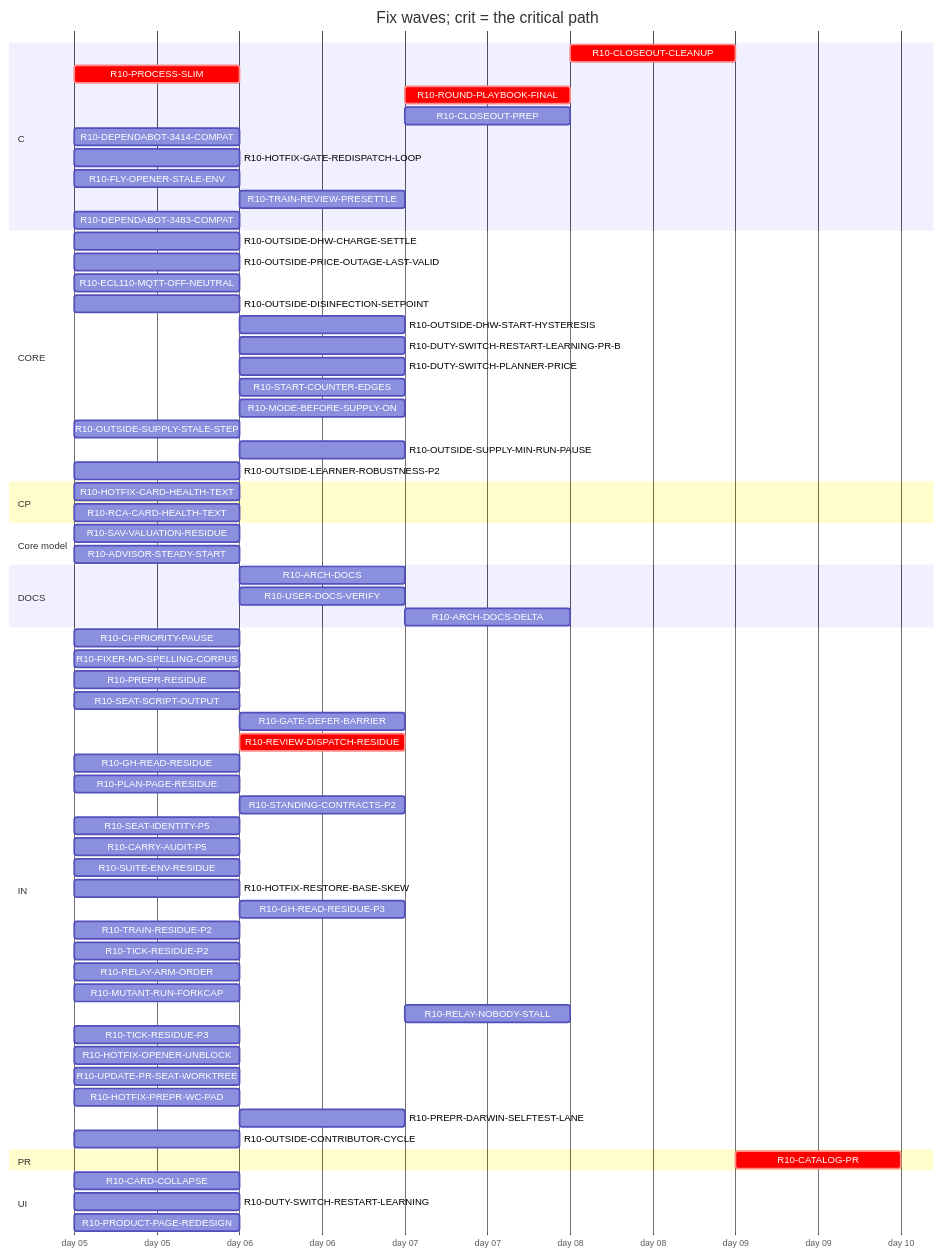
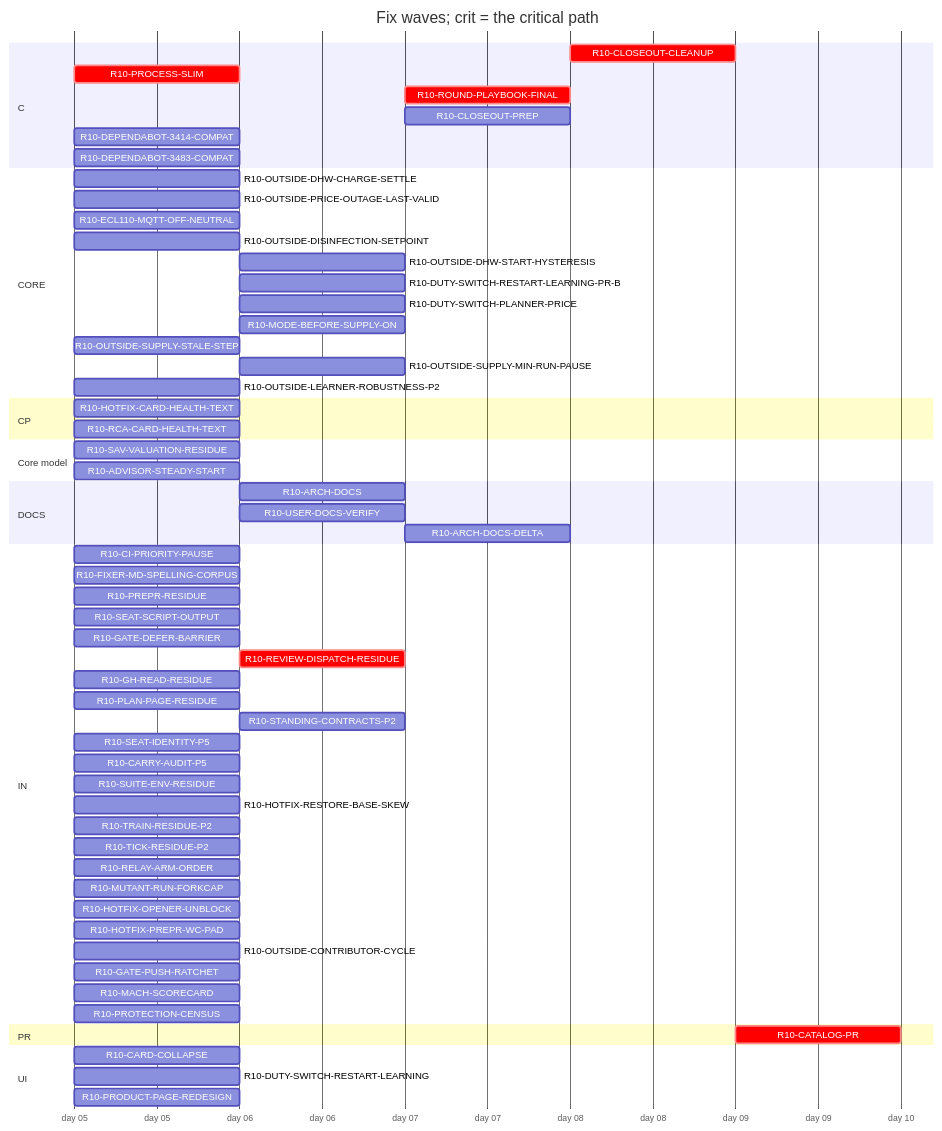
The diagram in handoff/round10/state/PLAN-TABLE.md (tvofi/heatpump_optimizer), drawn with Mermaid before and after one commit. The commit also changed other lines of this file and 4 other files, not shown here.

Commit message:
state: FLOW-BOARD.md, NEXT-SESSION-PROMPT.md, PLAN-TABLE.md, PLAN.html, RESUME-CURRENT.md regenerated (state_docs.py)

````diff
--- a/handoff/round10/state/PLAN-TABLE.md
+++ b/handoff/round10/state/PLAN-TABLE.md
@@ -21,71 +21,65 @@
 ```mermaid
 gantt
   title Fix waves; crit = the critical path
   dateFormat YYYY-MM-DD
   axisFormat day %d
   section C
     R10-CLOSEOUT-CLEANUP :crit, r10CLOSEOUTCLEANUP, after r10ARCHDOCS r10USERDOCSVERIFY r10ROUNDPLAYBOOKFINAL r10CLOSEOUTPREP r10ARCHDOCSDELTA, 1d
     R10-PROCESS-SLIM :crit, r10PROCESSSLIM, 2026-01-05, 1d
     R10-ROUND-PLAYBOOK-FINAL :crit, r10ROUNDPLAYBOOKFINAL, after r10PROCESSSLIM r10FIXERMDSPELLINGCORPUS r10PREPRRESIDUE r10SEATSCRIPTOUTPUT r10REVIEWDISPATCHRESIDUE r10CARRYAUDITP5 r10SEATIDENTITYP5 r10STANDINGCONTRACTSP2 r10PLANPAGERESIDUE r10GHREADRESIDUE r10SUITEENVRESIDUE r10GATEDEFERBARRIER, 1d
     R10-CLOSEOUT-PREP :r10CLOSEOUTPREP, after r10ARCHDOCS r10PROCESSSLIM r10FIXERMDSPELLINGCORPUS r10PREPRRESIDUE r10SEATSCRIPTOUTPUT r10REVIEWDISPATCHRESIDUE r10CARRYAUDITP5 r10SEATIDENTITYP5 r10STANDINGCONTRACTSP2 r10PLANPAGERESIDUE r10GHREADRESIDUE r10SUITEENVRESIDUE r10GATEDEFERBARRIER, 1d
     R10-DEPENDABOT-3414-COMPAT :r10DEPENDABOT3414COMPAT, 2026-01-05, 1d
-    R10-HOTFIX-GATE-REDISPATCH-LOOP :r10HOTFIXGATEREDISPATCHLOOP, 2026-01-05, 1d
-    R10-FLY-OPENER-STALE-ENV :r10FLYOPENERSTALEENV, 2026-01-05, 1d
-    R10-TRAIN-REVIEW-PRESETTLE :r10TRAINREVIEWPRESETTLE, after r10TRAINRESIDUEP2, 1d
     R10-DEPENDABOT-3483-COMPAT :r10DEPENDABOT3483COMPAT, 2026-01-05, 1d
   section CORE
     R10-OUTSIDE-DHW-CHARGE-SETTLE :r10OUTSIDEDHWCHARGESETTLE, 2026-01-05, 1d
     R10-OUTSIDE-PRICE-OUTAGE-LAST-VALID :r10OUTSIDEPRICEOUTAGELASTVALID, 2026-01-05, 1d
     R10-ECL110-MQTT-OFF-NEUTRAL :r10ECL110MQTTOFFNEUTRAL, 2026-01-05, 1d
     R10-OUTSIDE-DISINFECTION-SETPOINT :r10OUTSIDEDISINFECTIONSETPOINT, 2026-01-05, 1d
     R10-OUTSIDE-DHW-START-HYSTERESIS :r10OUTSIDEDHWSTARTHYSTERESIS, after r10OUTSIDEDISINFECTIONSETPOINT, 1d
     R10-DUTY-SWITCH-RESTART-LEARNING-PR-B :r10DUTYSWITCHRESTARTLEARNINGPRB, after r10DUTYSWITCHRESTARTLEARNING, 1d
     R10-DUTY-SWITCH-PLANNER-PRICE :r10DUTYSWITCHPLANNERPRICE, after r10DUTYSWITCHRESTARTLEARNING, 1d
-    R10-START-COUNTER-EDGES :r10STARTCOUNTEREDGES, after r10DUTYSWITCHRESTARTLEARNING, 1d
     R10-MODE-BEFORE-SUPPLY-ON :r10MODEBEFORESUPPLYON, after r10DUTYSWITCHRESTARTLEARNING, 1d
     R10-OUTSIDE-SUPPLY-STALE-STEP :r10OUTSIDESUPPLYSTALESTEP, 2026-01-05, 1d
     R10-OUTSIDE-SUPPLY-MIN-RUN-PAUSE :r10OUTSIDESUPPLYMINRUNPAUSE, after r10OUTSIDESUPPLYSTALESTEP, 1d
     R10-OUTSIDE-LEARNER-ROBUSTNESS-P2 :r10OUTSIDELEARNERROBUSTNESSP2, 2026-01-05, 1d
   section CP
     R10-HOTFIX-CARD-HEALTH-TEXT :r10HOTFIXCARDHEALTHTEXT, 2026-01-05, 1d
     R10-RCA-CARD-HEALTH-TEXT :r10RCACARDHEALTHTEXT, 2026-01-05, 1d
   section Core model
     R10-SAV-VALUATION-RESIDUE :r10SAVVALUATIONRESIDUE, 2026-01-05, 1d
     R10-ADVISOR-STEADY-START :r10ADVISORSTEADYSTART, 2026-01-05, 1d
   section DOCS
     R10-ARCH-DOCS :r10ARCHDOCS, after r10PROCESSSLIM, 1d
     R10-USER-DOCS-VERIFY :r10USERDOCSVERIFY, after r10PRODUCTPAGEREDESIGN, 1d
     R10-ARCH-DOCS-DELTA :r10ARCHDOCSDELTA, after r10ARCHDOCS r10SAVVALUATIONRESIDUE r10ADVISORSTEADYSTART, 1d
   section IN
     R10-CI-PRIORITY-PAUSE :r10CIPRIORITYPAUSE, 2026-01-05, 1d
     R10-FIXER-MD-SPELLING-CORPUS :r10FIXERMDSPELLINGCORPUS, 2026-01-05, 1d
     R10-PREPR-RESIDUE :r10PREPRRESIDUE, 2026-01-05, 1d
     R10-SEAT-SCRIPT-OUTPUT :r10SEATSCRIPTOUTPUT, 2026-01-05, 1d
-    R10-GATE-DEFER-BARRIER :r10GATEDEFERBARRIER, after r10HOTFIXGATEREDISPATCHLOOP, 1d
+    R10-GATE-DEFER-BARRIER :r10GATEDEFERBARRIER, 2026-01-05, 1d
     R10-REVIEW-DISPATCH-RESIDUE :crit, r10REVIEWDISPATCHRESIDUE, after r10PROCESSSLIM, 1d
     R10-GH-READ-RESIDUE :r10GHREADRESIDUE, 2026-01-05, 1d
     R10-PLAN-PAGE-RESIDUE :r10PLANPAGERESIDUE, 2026-01-05, 1d
     R10-STANDING-CONTRACTS-P2 :r10STANDINGCONTRACTSP2, after r10FIXERMDSPELLINGCORPUS, 1d
     R10-SEAT-IDENTITY-P5 :r10SEATIDENTITYP5, 2026-01-05, 1d
     R10-CARRY-AUDIT-P5 :r10CARRYAUDITP5, 2026-01-05, 1d
     R10-SUITE-ENV-RESIDUE :r10SUITEENVRESIDUE, 2026-01-05, 1d
     R10-HOTFIX-RESTORE-BASE-SKEW :r10HOTFIXRESTOREBASESKEW, 2026-01-05, 1d
-    R10-GH-READ-RESIDUE-P3 :r10GHREADRESIDUEP3, after r10GHREADRESIDUE, 1d
     R10-TRAIN-RESIDUE-P2 :r10TRAINRESIDUEP2, 2026-01-05, 1d
     R10-TICK-RESIDUE-P2 :r10TICKRESIDUEP2, 2026-01-05, 1d
     R10-RELAY-ARM-ORDER :r10RELAYARMORDER, 2026-01-05, 1d
     R10-MUTANT-RUN-FORKCAP :r10MUTANTRUNFORKCAP, 2026-01-05, 1d
-    R10-RELAY-NOBODY-STALL :r10RELAYNOBODYSTALL, after r10RELAYARMORDER r10REVIEWDISPATCHRESIDUE, 1d
-    R10-TICK-RESIDUE-P3 :r10TICKRESIDUEP3, 2026-01-05, 1d
     R10-HOTFIX-OPENER-UNBLOCK :r10HOTFIXOPENERUNBLOCK, 2026-01-05, 1d
-    R10-UPDATE-PR-SEAT-WORKTREE :r10UPDATEPRSEATWORKTREE, 2026-01-05, 1d
     R10-HOTFIX-PREPR-WC-PAD :r10HOTFIXPREPRWCPAD, 2026-01-05, 1d
-    R10-PREPR-DARWIN-SELFTEST-LANE :r10PREPRDARWINSELFTESTLANE, after r10HOTFIXPREPRWCPAD, 1d
     R10-OUTSIDE-CONTRIBUTOR-CYCLE :r10OUTSIDECONTRIBUTORCYCLE, 2026-01-05, 1d
+    R10-GATE-PUSH-RATCHET :r10GATEPUSHRATCHET, 2026-01-05, 1d
+    R10-MACH-SCORECARD :r10MACHSCORECARD, 2026-01-05, 1d
+    R10-PROTECTION-CENSUS :r10PROTECTIONCENSUS, 2026-01-05, 1d
   section PR
     R10-CATALOG-PR :crit, r10CATALOGPR, after r10USERDOCSVERIFY r10ARCHDOCS r10ROUNDPLAYBOOKFINAL r10CLOSEOUTCLEANUP r10CLOSEOUTPREP r10ARCHDOCSDELTA, 1d
   section UI
     R10-CARD-COLLAPSE :r10CARDCOLLAPSE, 2026-01-05, 1d
     R10-DUTY-SWITCH-RESTART-LEARNING :r10DUTYSWITCHRESTARTLEARNING, 2026-01-05, 1d
     R10-PRODUCT-PAGE-REDESIGN :r10PRODUCTPAGEREDESIGN, 2026-01-05, 1d
 ```
````
